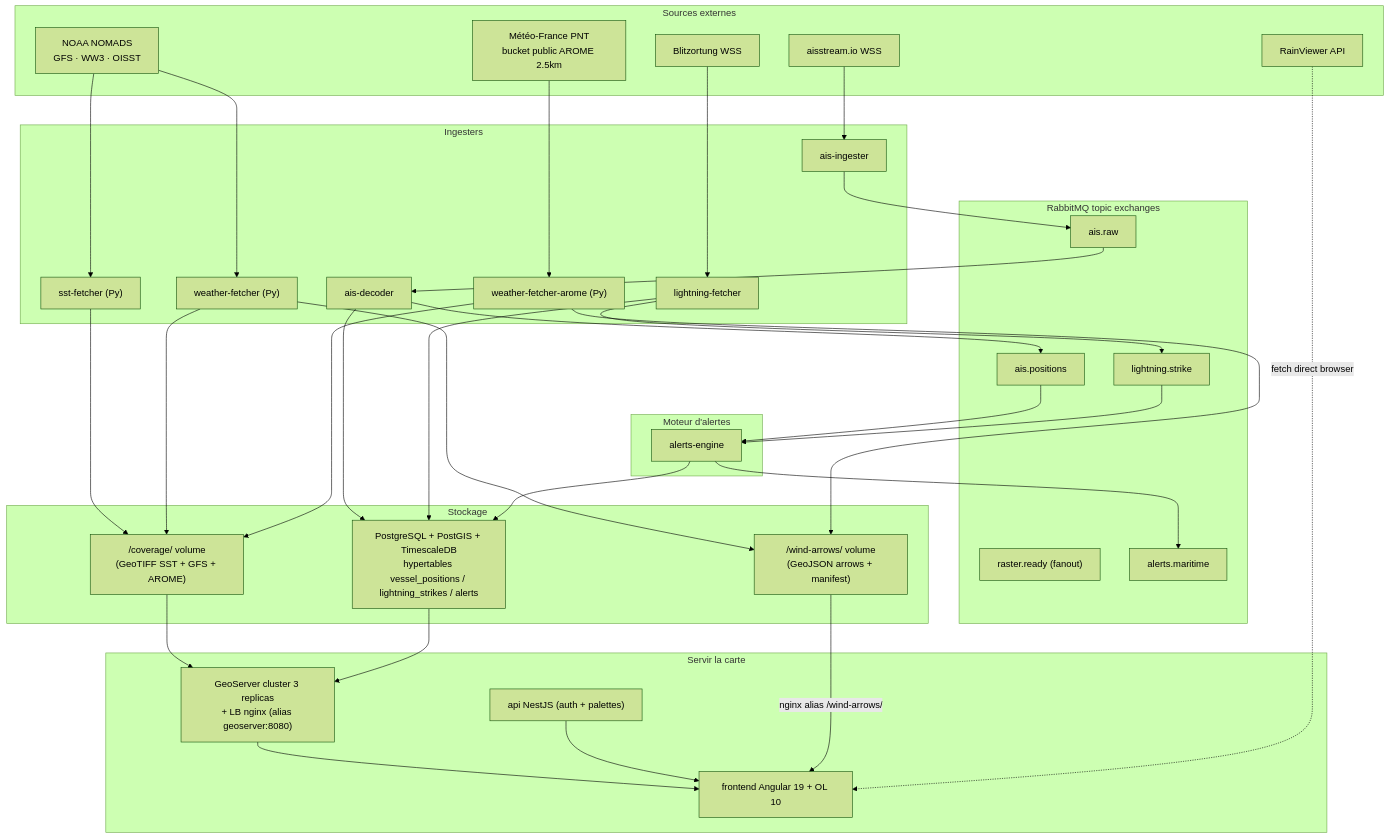
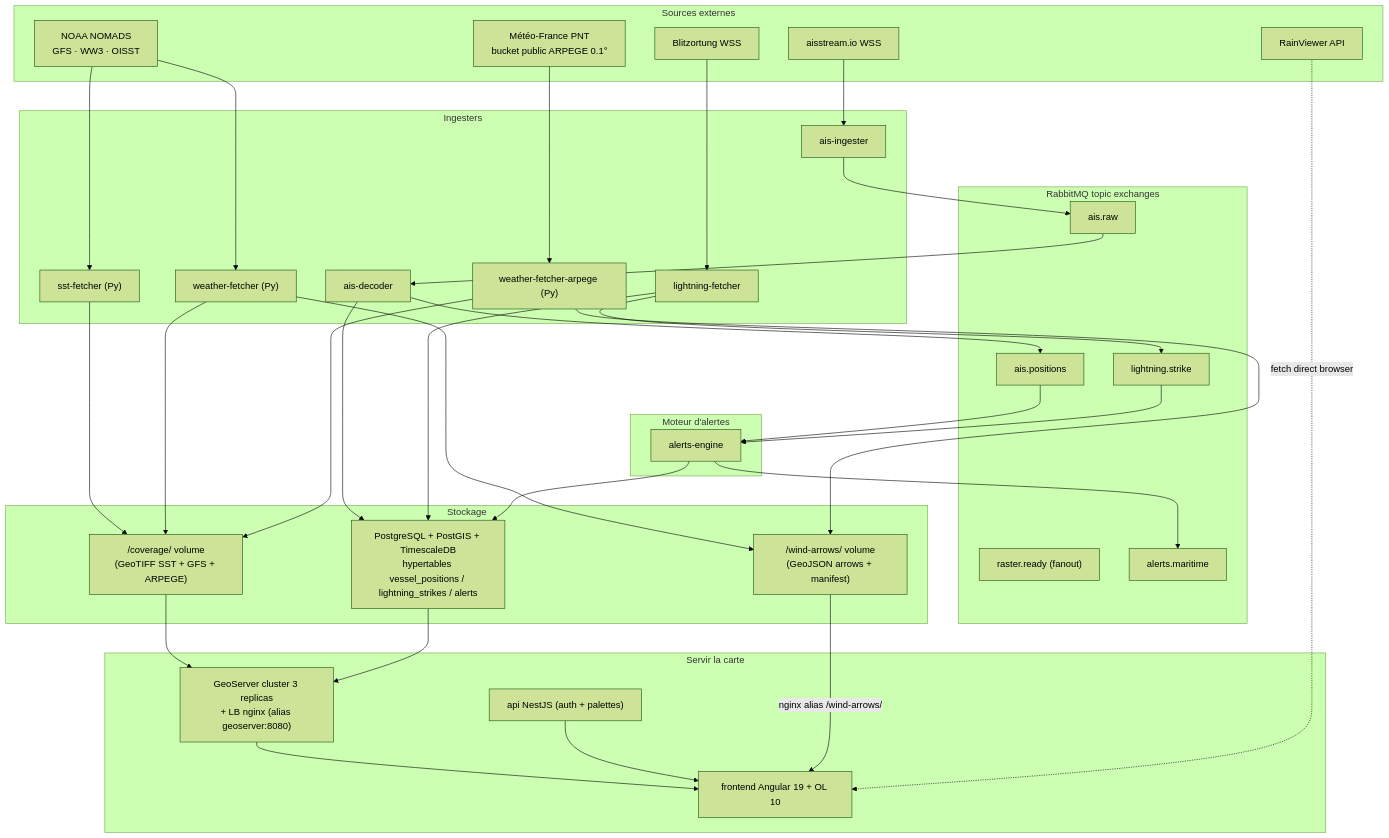
The first of 3 diagrams in README.md (Sylad/maritime-atlas), drawn with Mermaid (forest theme) before and after one commit. The commit also changed other lines of this file and 9 other files, not shown here.

````diff
--- a/README.md
+++ b/README.md
@@ -211,60 +211,60 @@
 ```mermaid
 flowchart TB
   subgraph SOURCES["Sources externes"]
     ais["aisstream.io WSS"]
     noaa["NOAA NOMADS<br/>GFS · WW3 · OISST"]
-    mf["Météo-France PNT<br/>bucket public AROME 2.5km"]
+    mf["Météo-France PNT<br/>bucket public ARPEGE 0.1°"]
     rv["RainViewer API"]
     blitz["Blitzortung WSS"]
   end
 
   subgraph INGESTERS["Ingesters"]
     aing["ais-ingester"]
     adec["ais-decoder"]
     sst["sst-fetcher (Py)"]
     wf["weather-fetcher (Py)"]
-    wfa["weather-fetcher-arome (Py)"]
+    wfa["weather-fetcher-arpege (Py)"]
     lf["lightning-fetcher"]
   end
 
   subgraph BUS["RabbitMQ topic exchanges"]
     raw["ais.raw"]
     pos["ais.positions"]
     rr["raster.ready (fanout)"]
     ls["lightning.strike"]
     al["alerts.maritime"]
   end
 
   subgraph STATE["Stockage"]
     pg["PostgreSQL + PostGIS + TimescaleDB<br/>hypertables vessel_positions / lightning_strikes / alerts"]
-    cov["/coverage/ volume<br/>(GeoTIFF SST + GFS + AROME)"]
+    cov["/coverage/ volume<br/>(GeoTIFF SST + GFS + ARPEGE)"]
     arr["/wind-arrows/ volume<br/>(GeoJSON arrows + manifest)"]
   end
 
   subgraph SERVE["Servir la carte"]
     gs["GeoServer cluster 3 replicas<br/>+ LB nginx (alias geoserver:8080)"]
     api["api NestJS (auth + palettes)"]
     fe["frontend Angular 19 + OL 10"]
   end
 
   subgraph ENGINE["Moteur d'alertes"]
     ae["alerts-engine"]
   end
 
   ais --> aing --> raw --> adec --> pg
   adec --> pos
   noaa --> sst & wf
   mf --> wfa
   sst & wf & wfa --> cov
   wf & wfa --> arr
   blitz --> lf --> pg
   lf --> ls
   pos & ls --> ae --> al
   ae --> pg
   cov --> gs
   pg --> gs
   gs --> fe
   api --> fe
   arr -->|nginx alias /wind-arrows/| fe
   rv -.->|fetch direct browser| fe
 ```
````
